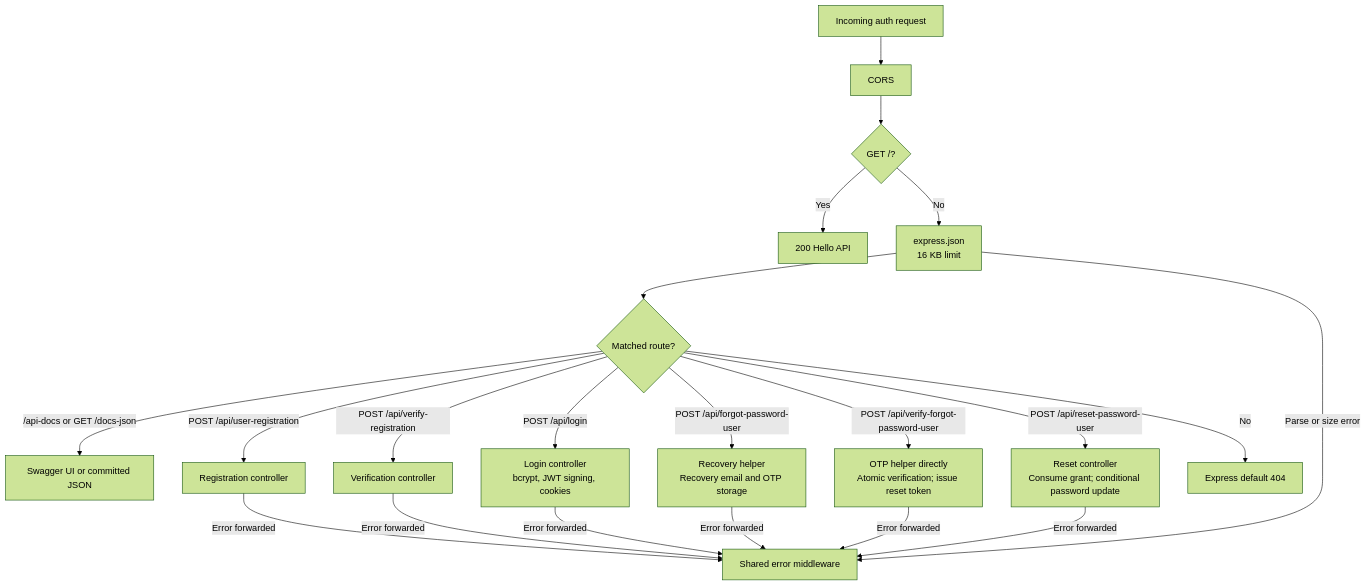
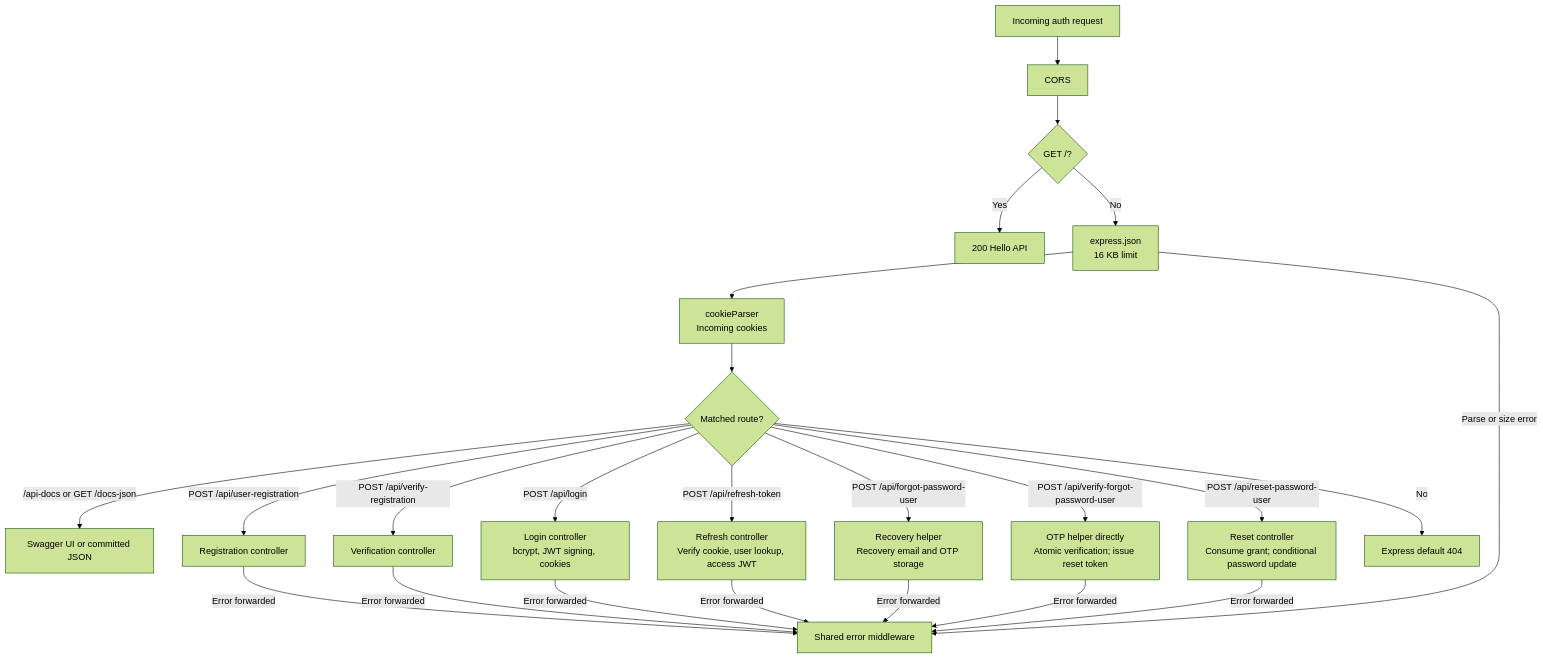
Before and after one commit to Kruskal892/Microservice-SaaS-E-commerce: the second of 9 diagrams in docs/architecture/request-flows.md, drawn with Mermaid (forest theme). The commit also changed other lines of this file and 34 other files, not shown here.

Commit message:
feat: add access-token refresh endpoint and shared isAuthenticated middleware

````diff
--- a/docs/architecture/request-flows.md
+++ b/docs/architecture/request-flows.md
@@ -49,23 +49,26 @@
 ```mermaid
 flowchart TD
     Request["Incoming auth request"] --> CORS["CORS"]
     CORS --> Root{"GET /?"}
     Root -->|Yes| Greeting["200 Hello API"]
     Root -->|No| JSON["express.json<br/>16 KB limit"]
-    JSON --> Route{"Matched route?"}
+    JSON --> Cookies["cookieParser<br/>Incoming cookies"]
+    Cookies --> Route{"Matched route?"}
     Route -->|"/api-docs or GET /docs-json"| Swagger["Swagger UI or committed JSON"]
     Route -->|"POST /api/user-registration"| Registration["Registration controller"]
     Route -->|"POST /api/verify-registration"| Verification["Verification controller"]
     Route -->|"POST /api/login"| Login["Login controller<br/>bcrypt, JWT signing, cookies"]
+    Route -->|"POST /api/refresh-token"| Refresh["Refresh controller<br/>Verify cookie, user lookup, access JWT"]
     Route -->|"POST /api/forgot-password-user"| Forgot["Recovery helper<br/>Recovery email and OTP storage"]
     Route -->|"POST /api/verify-forgot-password-user"| RecoveryOTP["OTP helper directly<br/>Atomic verification; issue reset token"]
     Route -->|"POST /api/reset-password-user"| Reset["Reset controller<br/>Consume grant; conditional password update"]
     Route -->|No| Missing["Express default 404"]
     JSON -->|Parse or size error| Errors["Shared error middleware"]
     Registration -->|Error forwarded| Errors
     Verification -->|Error forwarded| Errors
     Login -->|Error forwarded| Errors
+    Refresh -->|Error forwarded| Errors
     Forgot -->|Error forwarded| Errors
     RecoveryOTP -->|Error forwarded| Errors
     Reset -->|Error forwarded| Errors
 ```
````
